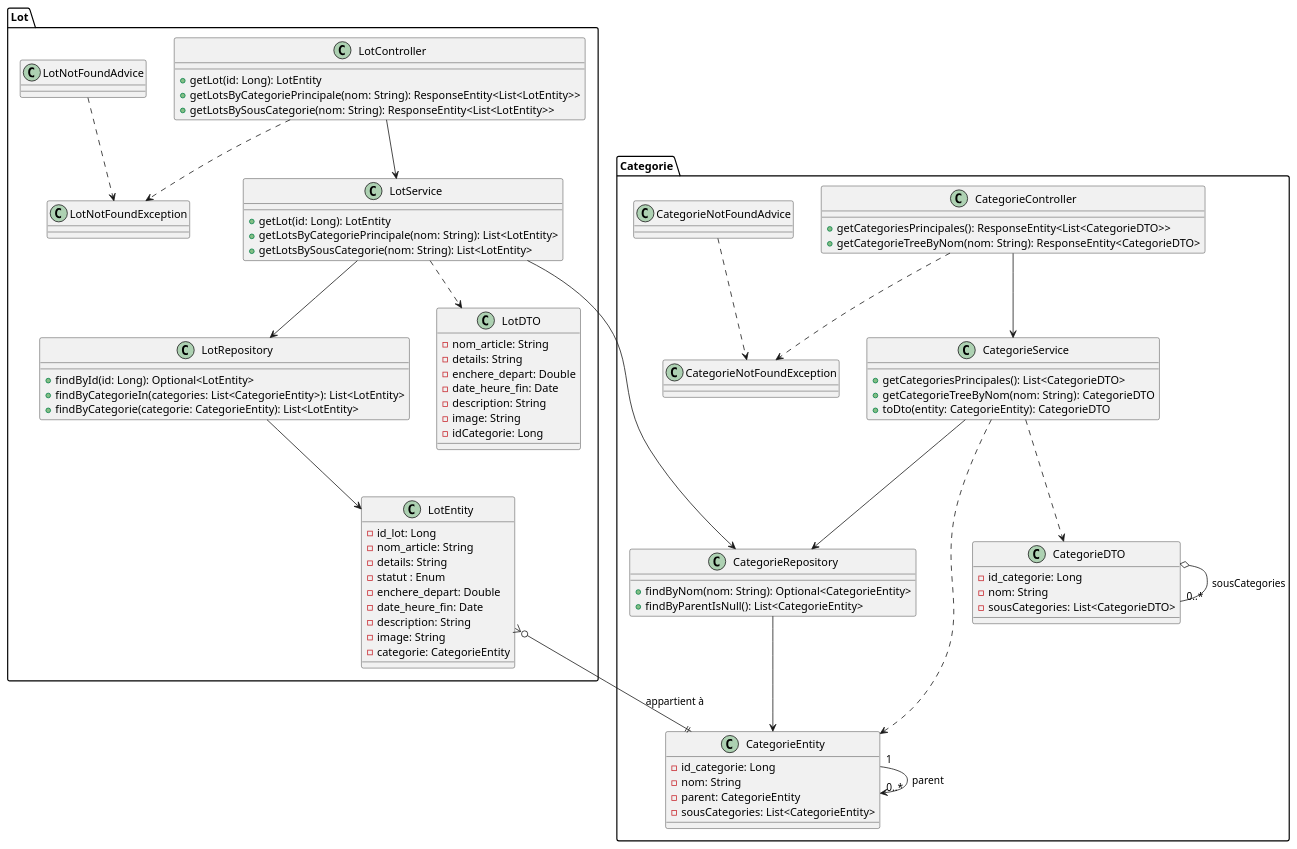
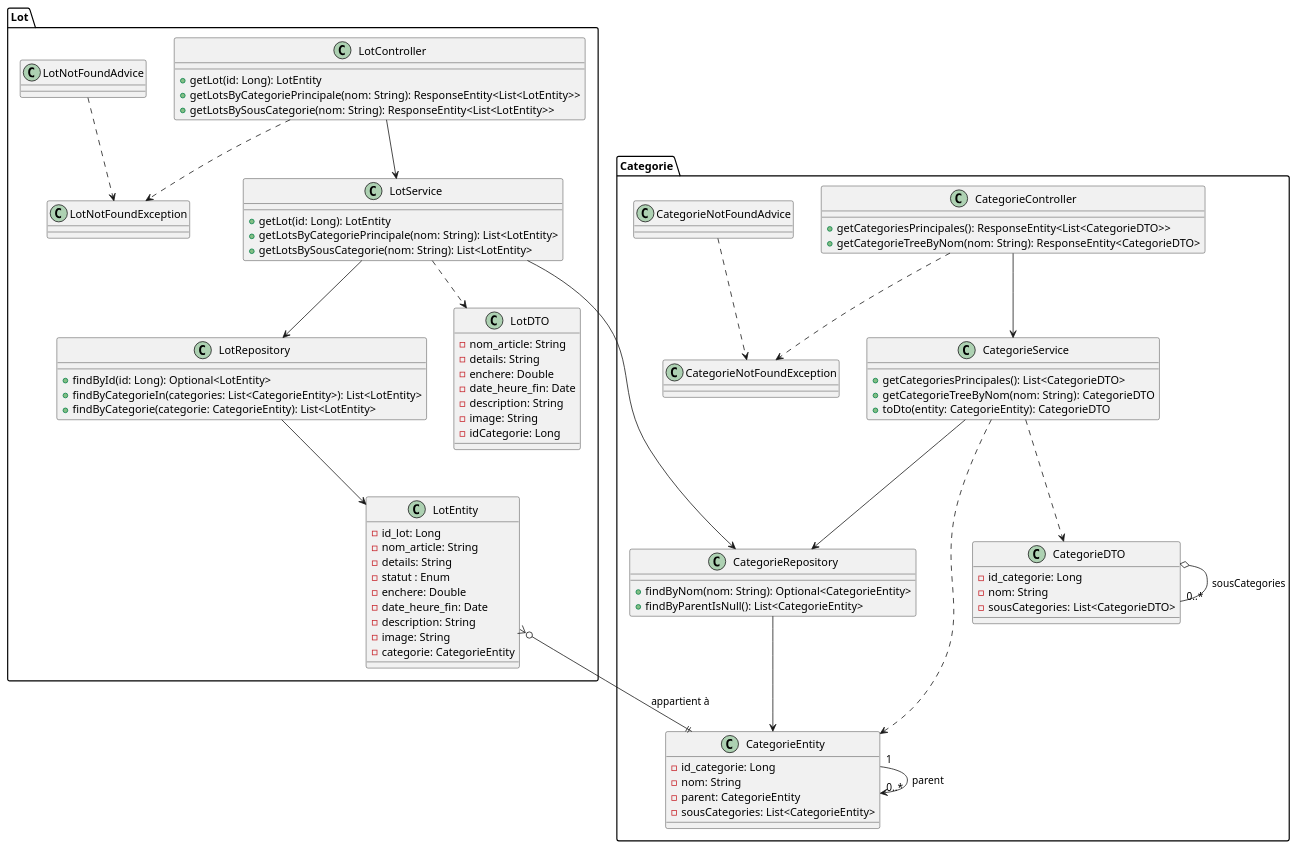
Before and after one commit to ETML-ES-LABEFE-SAM-YOAN/BACKEND: the diagram in docs/class_diagram.plantuml, drawn with PlantUML. The commit also changed 2 other files, not shown here.

```diff
--- a/docs/class_diagram.plantuml
+++ b/docs/class_diagram.plantuml
@@ -1,101 +1,101 @@
 @startuml
 
 package "Lot" {
     class LotController {
         + getLot(id: Long): LotEntity
         + getLotsByCategoriePrincipale(nom: String): ResponseEntity<List<LotEntity>>
         + getLotsBySousCategorie(nom: String): ResponseEntity<List<LotEntity>>
     }
 
     class LotService {
         + getLot(id: Long): LotEntity
         + getLotsByCategoriePrincipale(nom: String): List<LotEntity>
         + getLotsBySousCategorie(nom: String): List<LotEntity>
     }
 
     class LotRepository {
         + findById(id: Long): Optional<LotEntity>
         + findByCategorieIn(categories: List<CategorieEntity>): List<LotEntity>
         + findByCategorie(categorie: CategorieEntity): List<LotEntity>
     }
 
     class LotEntity {
         - id_lot: Long
         - nom_article: String
         - details: String
         - statut : Enum
-        - enchere_depart: Double
+        - enchere: Double
         - date_heure_fin: Date
         - description: String
         - image: String
         - categorie: CategorieEntity
     }
 
     class LotDTO {
         - nom_article: String
         - details: String
-        - enchere_depart: Double
+        - enchere: Double
         - date_heure_fin: Date
         - description: String
         - image: String
         - idCategorie: Long
     }
 
     class LotNotFoundAdvice
     class LotNotFoundException
 
     LotController --> LotService
     LotService --> LotRepository
     LotService ..> LotDTO
     LotRepository --> LotEntity
     LotNotFoundAdvice ..> LotNotFoundException
     LotController ..> LotNotFoundException
 }
 
 package "Categorie" {
     class CategorieController {
         + getCategoriesPrincipales(): ResponseEntity<List<CategorieDTO>>
         + getCategorieTreeByNom(nom: String): ResponseEntity<CategorieDTO>
     }
 
     class CategorieService {
         + getCategoriesPrincipales(): List<CategorieDTO>
         + getCategorieTreeByNom(nom: String): CategorieDTO
         + toDto(entity: CategorieEntity): CategorieDTO
     }
 
     class CategorieRepository {
         + findByNom(nom: String): Optional<CategorieEntity>
         + findByParentIsNull(): List<CategorieEntity>
     }
 
     class CategorieEntity {
         - id_categorie: Long
         - nom: String
         - parent: CategorieEntity
         - sousCategories: List<CategorieEntity>
     }
 
     class CategorieDTO {
         - id_categorie: Long
         - nom: String
         - sousCategories: List<CategorieDTO>
     }
 
     class CategorieNotFoundAdvice
     class CategorieNotFoundException
 
     CategorieController --> CategorieService
     CategorieService --> CategorieRepository
     CategorieService ..> CategorieDTO
     CategorieService ..> CategorieEntity
     CategorieRepository --> CategorieEntity
     CategorieEntity "1" --> "0..*" CategorieEntity : parent
     CategorieDTO o-- "0..*" CategorieDTO : sousCategories
     CategorieNotFoundAdvice ..> CategorieNotFoundException
     CategorieController ..> CategorieNotFoundException
 }
 LotEntity }o--|| CategorieEntity : appartient à
     LotService --> CategorieRepository
 
 @enduml
```
